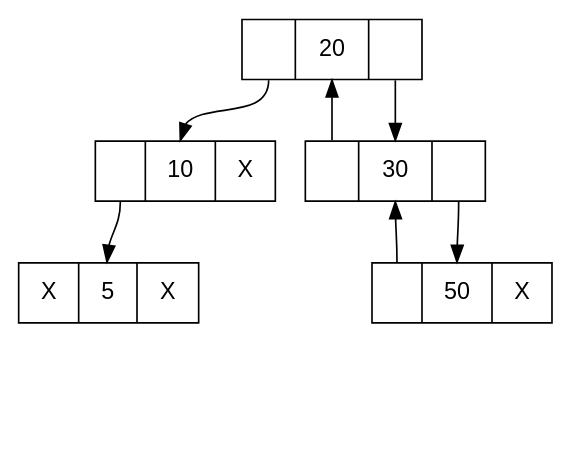
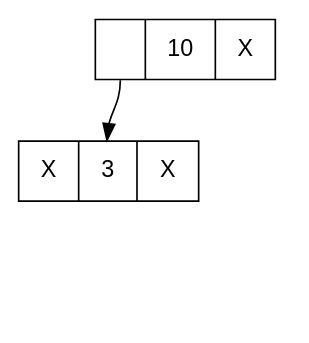
Before and after one commit to radwanCS/Data-Structure-Visualization-with-Graphviz: the diagram in diagram.dot, drawn with Graphviz. The commit also changed 6 other files, not shown here.

```diff
--- a/diagram.dot
+++ b/diagram.dot
@@ -1,23 +1,12 @@
 digraph LTBT{
 	node [fontname="Arial", shape=record, height=0.5, width=1.5];
-	20 [label="<left> |<data> 20 |<right> "];
 	10 [label="<left> |<data> 10 |<right> X"];
-	30 [label="<left> |<data> 30 |<right> "];
-	5 [label="<left> X|<data> 5 |<right> X"];
-	20 [label="<left> |<data> 20 |<right> "];
-	50 [label="<left> |<data> 50 |<right> X"];
-	20:left -> 10:data;
-	20:right -> 30:data;
-	10:left -> 5:data;
+	3 [label="<left> X|<data> 3 |<right> X"];
+	10:left -> 3:data;
 	NULL1 [shape=point style=invis];
 	10:right -> NULL1 [style=invis];
 	NULL2 [shape=point style=invis];
-	5:left -> NULL2 [style=invis];
+	3:left -> NULL2 [style=invis];
 	NULL3 [shape=point style=invis];
-	5:right -> NULL3 [style=invis];
-	30:left -> 20:data;
-	30:right -> 50:data;
-	50:left -> 30:data;
-	NULL4 [shape=point style=invis];
-	50:right -> NULL4 [style=invis];
+	3:right -> NULL3 [style=invis];
 }
```
